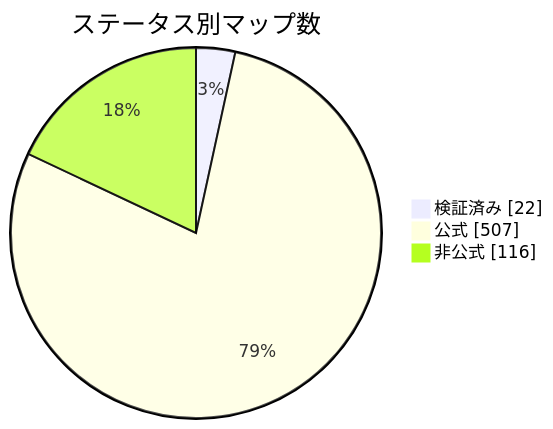
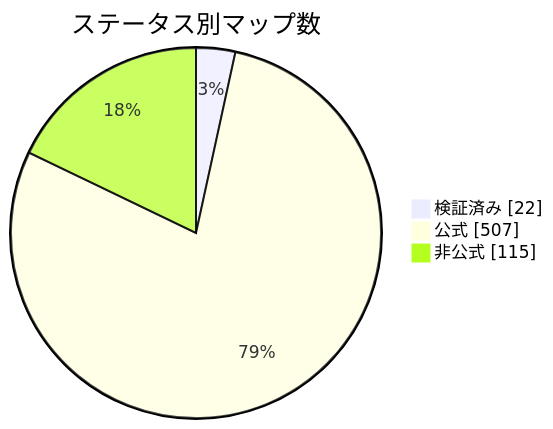
One commit to nobrega8/mbmap-library changed the diagram in docs/readme/README_JP.md. Above: the diagram before and after it, drawn with Mermaid. The commit also changed 6 other files, not shown here.

````diff
--- a/docs/readme/README_JP.md
+++ b/docs/readme/README_JP.md
@@ -54,7 +54,7 @@
 ```mermaid
 pie showData
     title ステータス別マップ数
     "検証済み" : 22
     "公式" : 507
-    "非公式" : 116
+    "非公式" : 115
 ```
````
